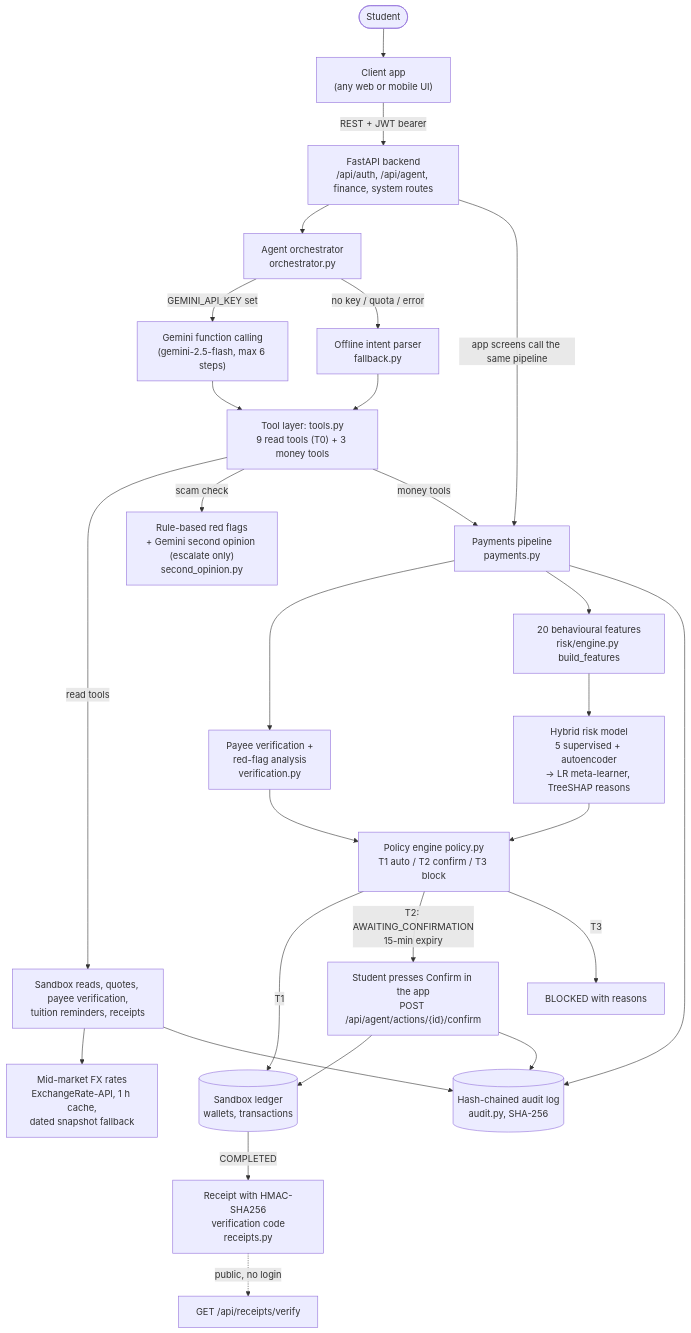
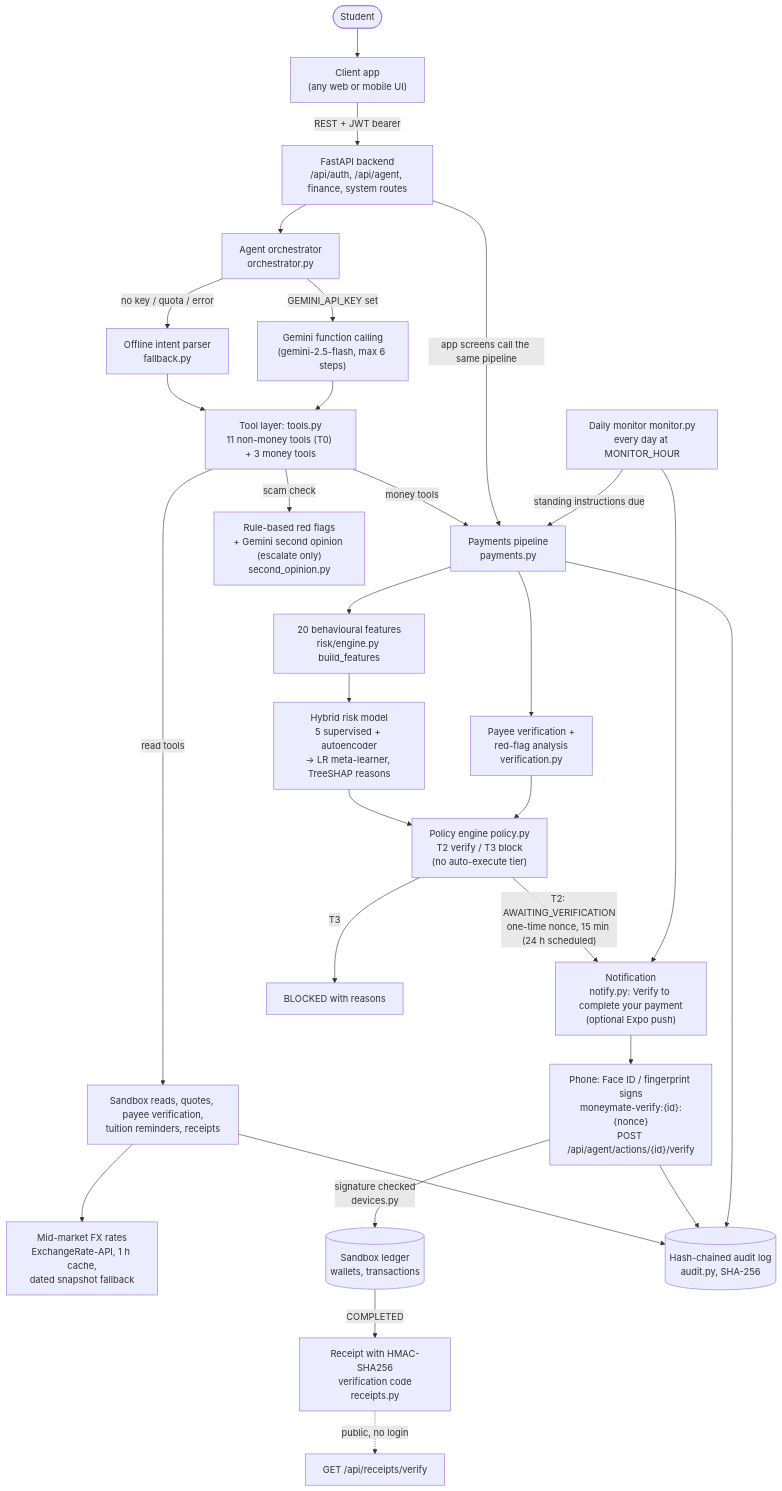
The diagram in docs/TECHNICAL_DOCUMENTATION.md (Kiyas-Mahmud/MoneyMate-Agent), drawn with Mermaid before and after one commit. The commit also changed other lines of this file and 29 other files, not shown here.

First line of the commit message:
Require the student's verification for every payment; add monitor

````diff
--- a/docs/TECHNICAL_DOCUMENTATION.md
+++ b/docs/TECHNICAL_DOCUMENTATION.md
@@ -46,34 +49,36 @@
 ```mermaid
 flowchart TD
     S([Student]) --> UI["Client app<br/>(any web or mobile UI)"]
     UI -- "REST + JWT bearer" --> API["FastAPI backend<br/>/api/auth, /api/agent, finance, system routes"]
 
     API --> ORCH["Agent orchestrator<br/>orchestrator.py"]
     ORCH -- "GEMINI_API_KEY set" --> GEM["Gemini function calling<br/>(gemini-2.5-flash, max 6 steps)"]
     ORCH -- "no key / quota / error" --> FB["Offline intent parser<br/>fallback.py"]
-    GEM --> TOOLS["Tool layer: tools.py<br/>9 read tools (T0) + 3 money tools"]
+    GEM --> TOOLS["Tool layer: tools.py<br/>11 non-money tools (T0) + 3 money tools"]
     FB --> TOOLS
+    MON["Daily monitor monitor.py<br/>every day at MONITOR_HOUR"] -- "standing instructions due" --> PAY
+    MON --> NOTE
 
     API -- "app screens call the same pipeline" --> PAY
     TOOLS -- "read tools" --> READ["Sandbox reads, quotes, payee verification,<br/>tuition reminders, receipts"]
     TOOLS -- "scam check" --> SC["Rule-based red flags<br/>+ Gemini second opinion (escalate only)<br/>second_opinion.py"]
     READ --> FX["Mid-market FX rates<br/>ExchangeRate-API, 1 h cache,<br/>dated snapshot fallback"]
     TOOLS -- "money tools" --> PAY["Payments pipeline<br/>payments.py"]
 
     PAY --> VER["Payee verification +<br/>red-flag analysis<br/>verification.py"]
     PAY --> FEAT["20 behavioural features<br/>risk/engine.py build_features"]
     FEAT --> RISK["Hybrid risk model<br/>5 supervised + autoencoder<br/>→ LR meta-learner, TreeSHAP reasons"]
     VER --> POL
-    RISK --> POL["Policy engine policy.py<br/>T1 auto / T2 confirm / T3 block"]
+    RISK --> POL["Policy engine policy.py<br/>T2 verify / T3 block<br/>(no auto-execute tier)"]
 
-    POL -- "T1" --> LEDGER[("Sandbox ledger<br/>wallets, transactions")]
-    POL -- "T2: AWAITING_CONFIRMATION<br/>15-min expiry" --> CONF["Student presses Confirm in the app<br/>POST /api/agent/actions/{id}/confirm"]
-    CONF --> LEDGER
+    POL -- "T2: AWAITING_VERIFICATION<br/>one-time nonce, 15 min (24 h scheduled)" --> NOTE["Notification<br/>notify.py: Verify to complete your payment<br/>(optional Expo push)"]
+    NOTE --> CONF["Phone: Face ID / fingerprint signs<br/>moneymate-verify:{id}:{nonce}<br/>POST /api/agent/actions/{id}/verify"]
+    CONF -- "signature checked<br/>devices.py" --> LEDGER[("Sandbox ledger<br/>wallets, transactions")]
     POL -- "T3" --> BLK["BLOCKED with reasons"]
     LEDGER -- "COMPLETED" --> RCPT["Receipt with HMAC-SHA256<br/>verification code<br/>receipts.py"]
     RCPT -. "public, no login" .-> VERIFY["GET /api/receipts/verify"]
 
     PAY --> AUD[("Hash-chained audit log<br/>audit.py, SHA-256")]
     CONF --> AUD
     READ --> AUD
 ```
````
